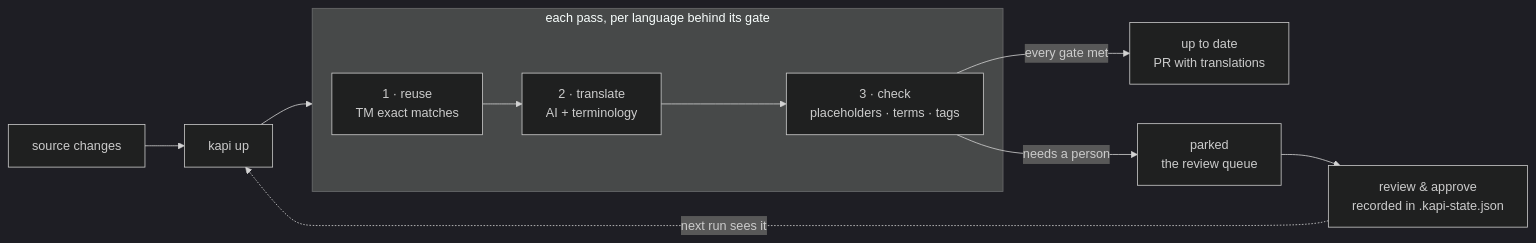
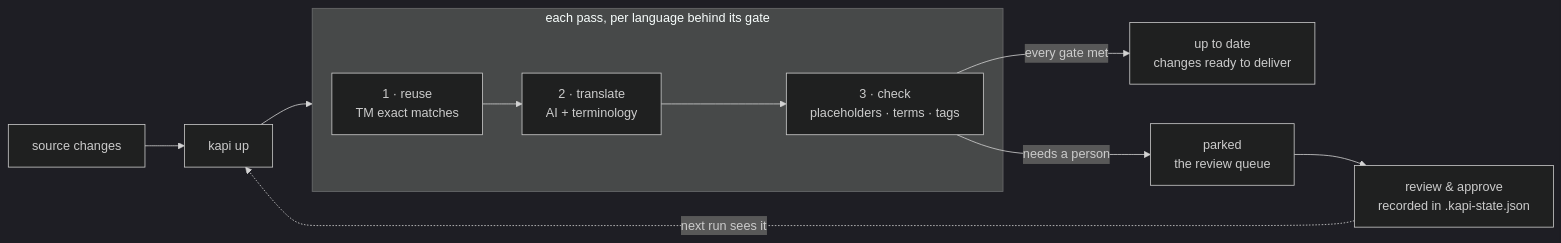
One commit to neokapi/kapi-action changed the diagram in README.md. Above: the diagram before and after it, drawn with Mermaid (dark theme). The commit also changed other lines of this file and 2 other files, not shown here.

````diff
--- a/README.md
+++ b/README.md
@@ -64,12 +70,12 @@
 ```mermaid
 flowchart LR
     S[source changes] --> U[kapi up]
     subgraph PASS ["each pass, per language behind its gate"]
         TM["1 · reuse<br/>TM exact matches"] --> AI["2 · translate<br/>AI + terminology"] --> CK["3 · check<br/>placeholders · terms · tags"]
     end
     U --> PASS
-    CK -->|every gate met| CV["up to date<br/>PR with translations"]
+    CK -->|every gate met| CV["up to date<br/>changes ready to deliver"]
     CK -->|needs a person| PK["parked<br/>the review queue"]
     PK --> RV["review & approve<br/>recorded in .kapi-state.json"]
     RV -.->|next run sees it| U
 ```
````
